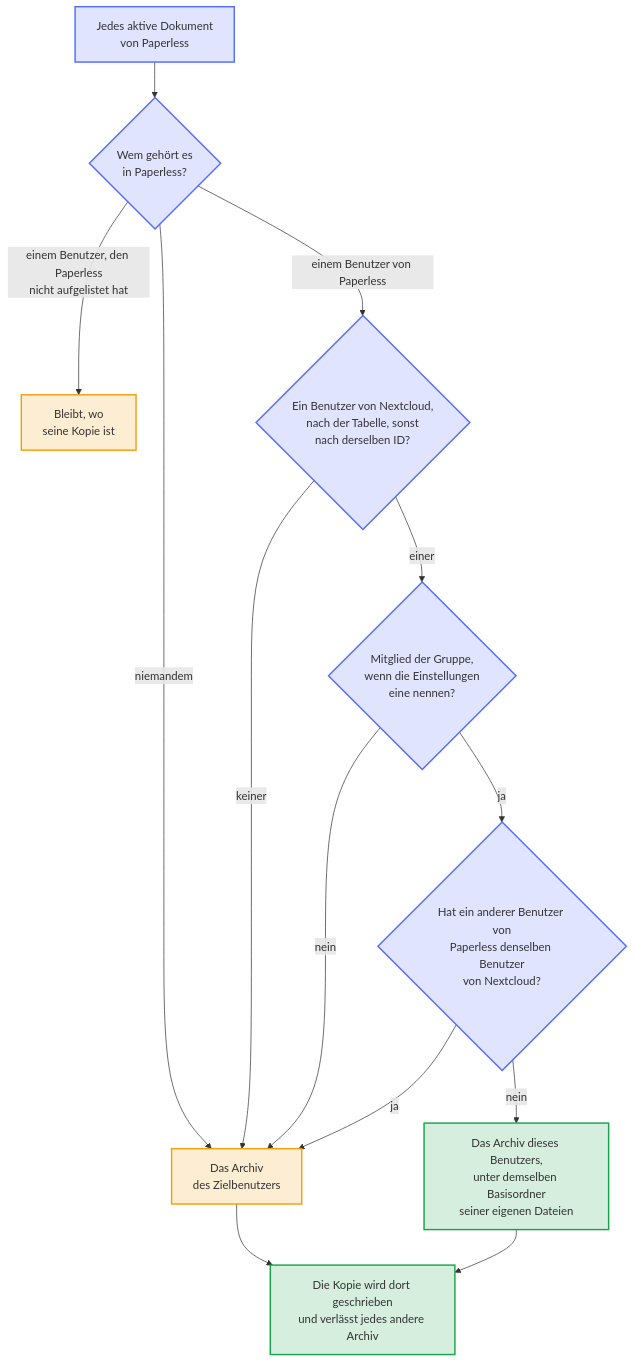
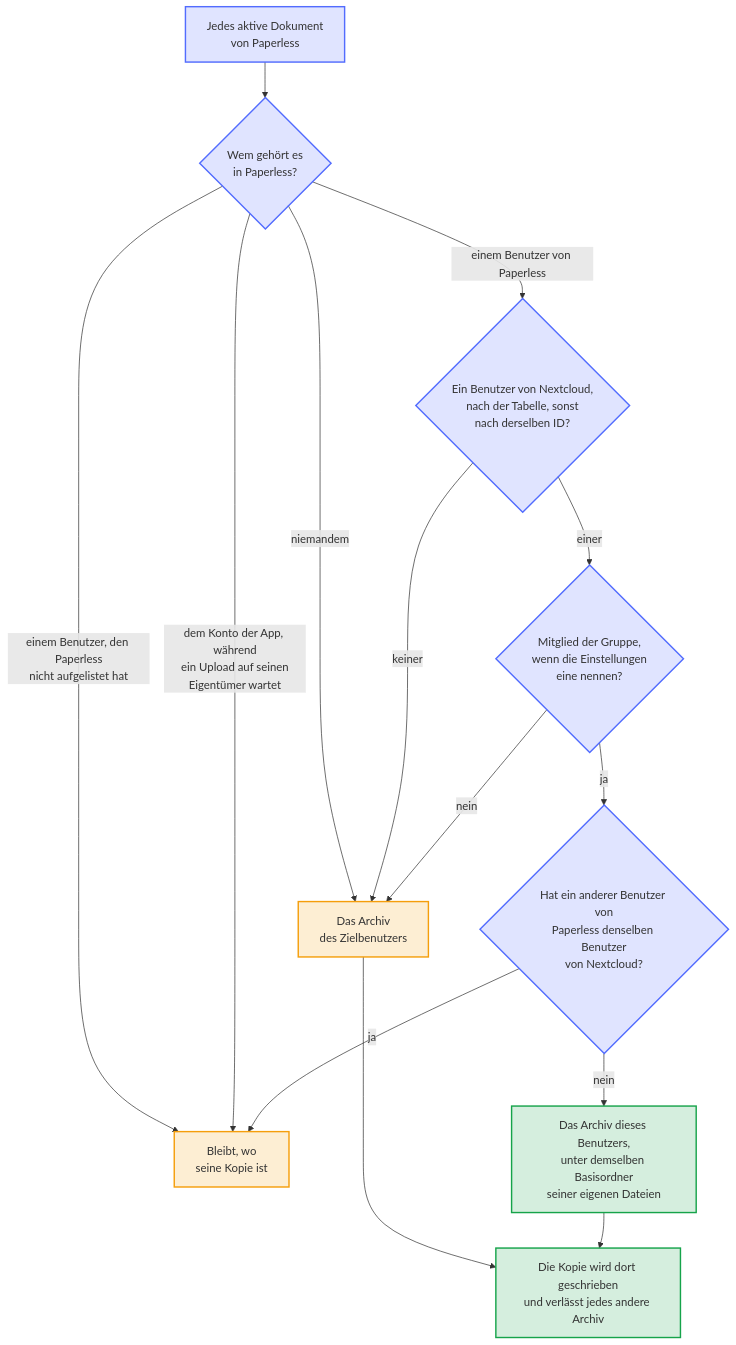
Before and after one commit to Dennis-Otto/paperless-sync: the diagram in docs/diagrams/whose-archive-a-document-goes-to.de.mmd, drawn with Mermaid. The commit also changed 34 other files, not shown here.

```diff
--- a/docs/diagrams/whose-archive-a-document-goes-to.de.mmd
+++ b/docs/diagrams/whose-archive-a-document-goes-to.de.mmd
@@ -1,22 +1,23 @@
 flowchart TB
     accTitle: In wessen Archiv ein Dokument kommt
-    accDescr: Beim Eigentum je Benutzer fragt ein Lauf bei jedem aktiven Dokument, wem es in Paperless gehört. Ein Dokument ohne Eigentümer kommt zum Zielbenutzer. Ein Dokument, dessen Eigentümer Paperless nicht aufgelistet hat, bleibt, wo seine Kopie ist. Für jeden anderen Eigentümer sucht der Lauf genau einen Benutzer von Nextcloud: den, den die Tabelle Paperless-Benutzer mit einer anderen Nextcloud-ID nennt, sonst den mit derselben ID, gleich in welcher Schreibung. Ohne solchen Benutzer, außerhalb der Gruppe der Einstellung oder wenn ein anderer Benutzer von Paperless denselben Benutzer von Nextcloud hat, kommt das Dokument zum Zielbenutzer, damit keines verloren geht, und die Verbindungs-Checkliste nennt den Fall. Sonst kommt es zu diesem Benutzer. Seine Kopie wird im Archiv dieses Benutzers geschrieben, unter demselben Basisordner seiner eigenen Dateien, und verlässt jedes andere Archiv.
+    accDescr: Beim Eigentum je Benutzer fragt ein Lauf bei jedem aktiven Dokument, wem es in Paperless gehört. Ein Dokument ohne Eigentümer kommt zum Zielbenutzer. Ein Dokument, dessen Eigentümer Paperless nicht aufgelistet hat oder das dem Konto der App gehört, während ein Upload auf seinen Eigentümer wartet, bleibt, wo seine Kopie ist. Für jeden anderen Eigentümer sucht der Lauf genau einen Benutzer von Nextcloud: den, den die Tabelle Paperless-Benutzer mit einer anderen Nextcloud-ID nennt, sonst den mit derselben ID, gleich in welcher Schreibung. Ohne solchen Benutzer oder außerhalb der Gruppe der Einstellung kommt das Dokument zum Zielbenutzer, damit keines verloren geht. Hat ein anderer Benutzer von Paperless denselben Benutzer von Nextcloud, bleibt es, wo seine Kopie ist, denn der Lauf rät nicht. Die Verbindungs-Checkliste nennt jeden Fall. Sonst kommt es zu diesem Benutzer. Seine Kopie wird im Archiv dieses Benutzers geschrieben, unter demselben Basisordner seiner eigenen Dateien, und verlässt jedes andere Archiv.
 
     document["Jedes aktive Dokument<br>von Paperless"] --> owner{"Wem gehört es<br>in Paperless?"}
     owner -->|niemandem| target["Das Archiv<br>des Zielbenutzers"]
     owner -->|einem Benutzer, den Paperless<br>nicht aufgelistet hat| held["Bleibt, wo<br>seine Kopie ist"]
+    owner -->|dem Konto der App, während<br>ein Upload auf seinen<br>Eigentümer wartet| held
     owner -->|einem Benutzer von Paperless| match{"Ein Benutzer von Nextcloud,<br>nach der Tabelle, sonst<br>nach derselben ID?"}
     match -->|keiner| target
     match -->|einer| group{"Mitglied der Gruppe,<br>wenn die Einstellungen<br>eine nennen?"}
     group -->|nein| target
     group -->|ja| shared{"Hat ein anderer Benutzer von<br>Paperless denselben Benutzer<br>von Nextcloud?"}
-    shared -->|ja| target
+    shared -->|ja| held
     shared -->|nein| user["Das Archiv dieses Benutzers,<br>unter demselben Basisordner<br>seiner eigenen Dateien"]
     target --> copy["Die Kopie wird dort geschrieben<br>und verlässt jedes andere Archiv"]
     user --> copy
     classDef check fill:#526cfe2e,stroke:#526cfe,stroke-width:2px
     classDef kept fill:#16a34a2e,stroke:#16a34a,stroke-width:2px
     classDef changed fill:#f59e0b2e,stroke:#f59e0b,stroke-width:2px
     class document,owner,match,group,shared check
     class user,copy kept
     class target,held changed
```
